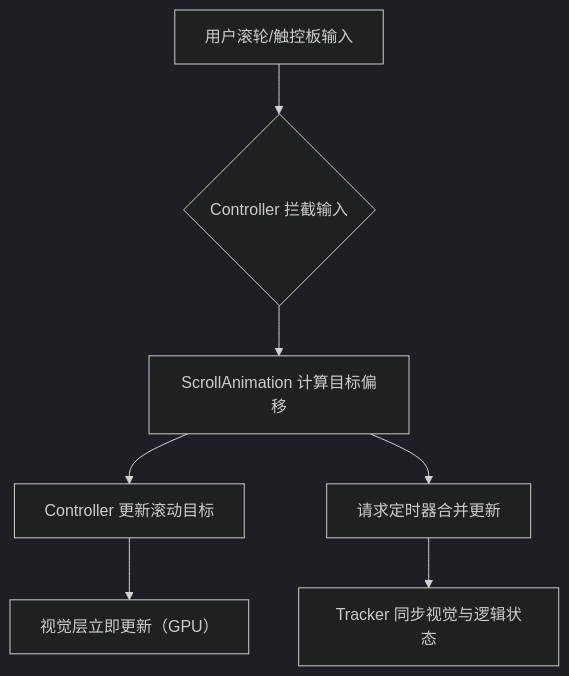
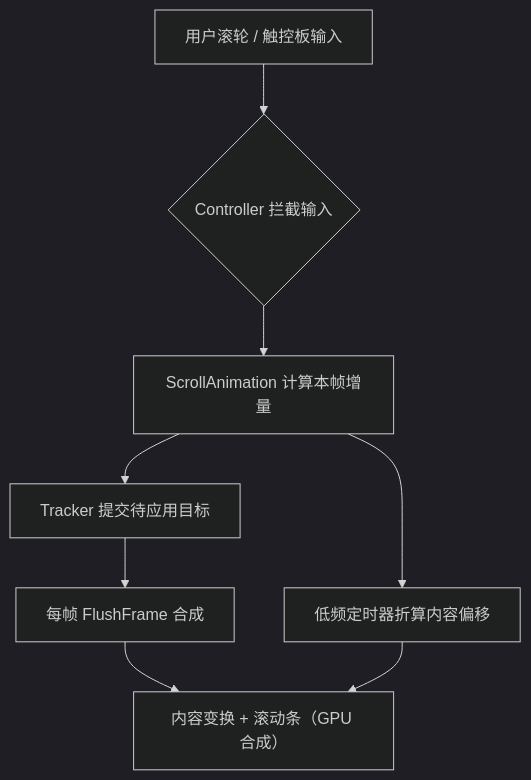
One commit to Roshaless/Zen.Scroll changed the diagram in README.md. Above: the diagram before and after it, drawn with Mermaid (dark theme). The commit also changed other lines of this file, not shown here.

First line of the commit message:
docs: rewrite the README for the tunable properties and the current architecture

````diff
--- a/README.md
+++ b/README.md
@@ -77,10 +123,11 @@
 ```mermaid
 graph TD
-    A[用户滚轮/触控板输入] --> B{Controller 拦截输入}
-    B --> C[ScrollAnimation 计算目标偏移]
-    C --> D[Controller 更新滚动目标]
-    D --> E[视觉层立即更新（GPU）]
-    F[请求定时器合并更新] --> G[Tracker 同步视觉与逻辑状态]
-    C --> F[请求定时器合并更新]
+    A[用户滚轮 / 触控板输入] --> B{Controller 拦截输入}
+    B --> C[ScrollAnimation 计算本帧增量]
+    C --> D[Tracker 提交待应用目标]
+    D --> E[每帧 FlushFrame 合成]
+    E --> F[内容变换 + 滚动条（GPU 合成）]
+    C --> G[低频定时器折算内容偏移]
+    G --> F
 
 ```
````
